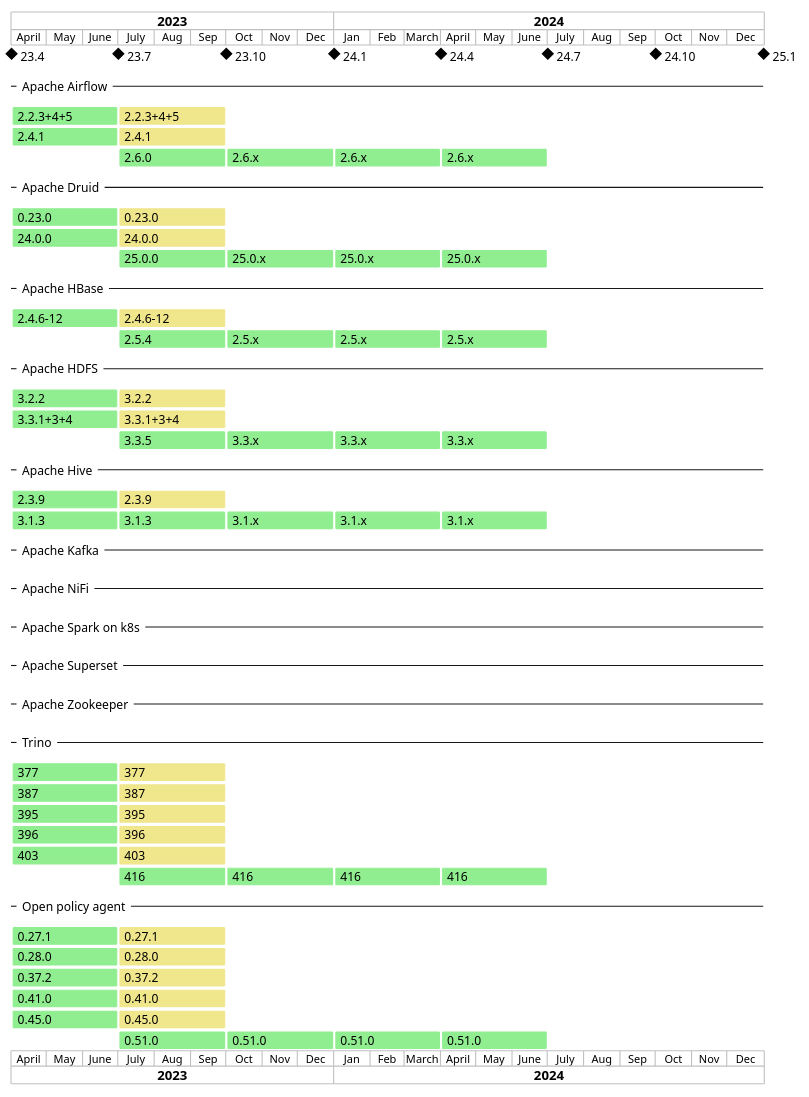
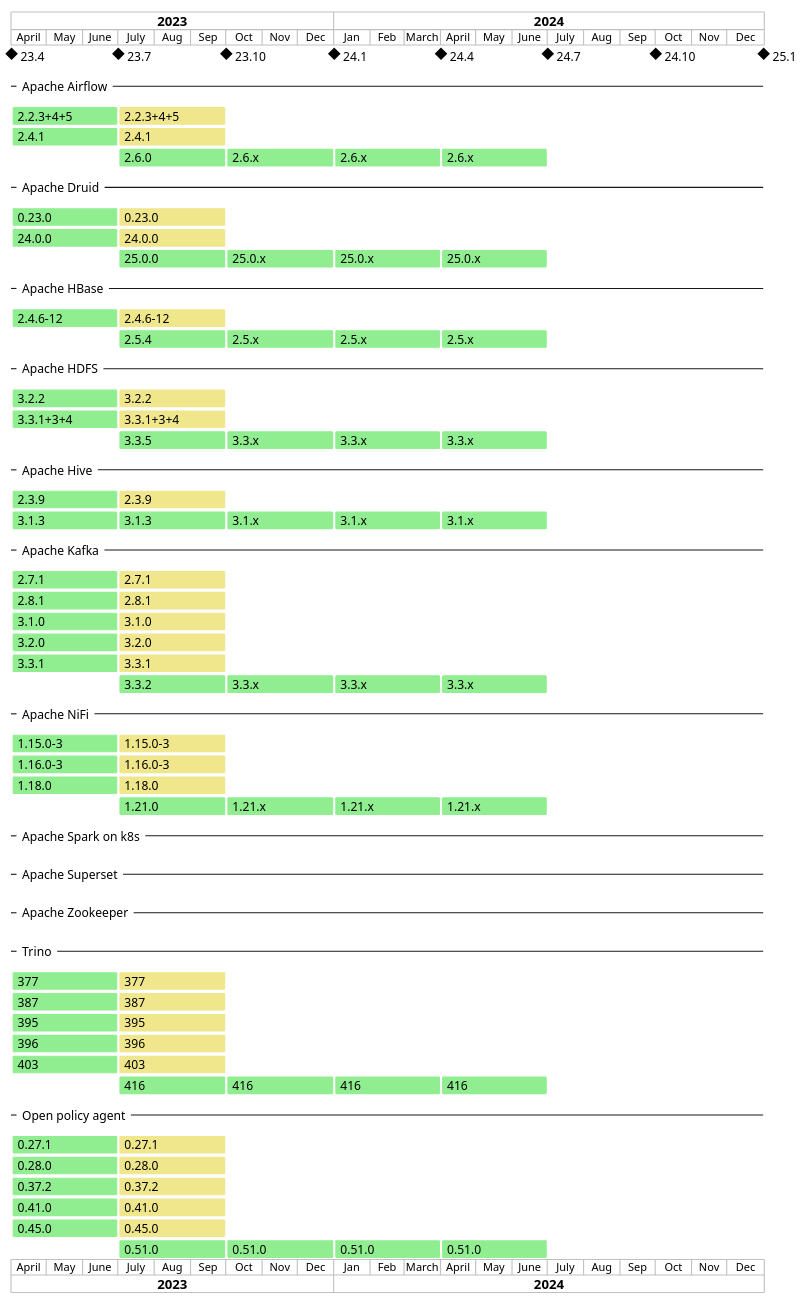
One commit to stackabletech/documentation changed the diagram in modules/contributor/images/adr/29-product-versions.plantuml. Above: the diagram before and after it, drawn with PlantUML. The commit also changed 1 other file, not shown here.

Commit message:
Update diagram

```diff
--- a/modules/contributor/images/adr/29-product-versions.plantuml
+++ b/modules/contributor/images/adr/29-product-versions.plantuml
@@ -1,138 +1,178 @@
 @startgantt product-versions
 printscale monthly
 Project starts the 2023-04-01
 
 [23.4]  happens 2023-04-01
 [23.7]  happens 2023-07-01 and displays on same row as [23.4]
 [23.10] happens 2023-10-01 and displays on same row as [23.4]
 [24.1]  happens 2024-01-01 and displays on same row as [23.4]
 [24.4]  happens 2024-04-01 and displays on same row as [23.4]
 [24.7]  happens 2024-07-01 and displays on same row as [23.4]
 [24.10] happens 2024-10-01 and displays on same row as [23.4]
 [25.1]  happens 2025-01-01 and displays on same row as [23.4]
 
 -- Apache Airflow --
 [2.2.3+4+5]    starts 2023-04-01 and ends 2023-07-01 and is colored in LightGreen
 [2.2.3+4+5 ]   starts 2023-07-01 and ends 2023-10-01 and is colored in Khaki
 [2.2.3+4+5 ]   displays on same row as [2.2.3+4+5]
 [2.4.1]        starts 2023-04-01 and ends 2023-07-01 and is colored in LightGreen
 [2.4.1 ]       starts 2023-07-01 and ends 2023-10-01 and is colored in Khaki
 [2.4.1 ]       displays on same row as [2.4.1]
 [2.6.0]        starts 2023-07-01 and ends 2023-10-01 and is colored in LightGreen
 [2.6.x]        starts 2023-10-01 and ends 2024-01-01 and is colored in LightGreen
 [2.6.x]        displays on same row as [2.6.0]
 [2.6.x ]       starts 2024-01-01 and ends 2024-04-01 and is colored in LightGreen
 [2.6.x ]       displays on same row as [2.6.0]
 [2.6.x  ]      starts 2024-04-01 and ends 2024-07-01 and is colored in LightGreen
 [2.6.x  ]      displays on same row as [2.6.0]
 
 -- Apache Druid --
 [0.23.0]       starts 2023-04-01 and ends 2023-07-01 and is colored in LightGreen
 [0.23.0 ]      starts 2023-07-01 and ends 2023-10-01 and is colored in Khaki
 [0.23.0 ]      displays on same row as [0.23.0]
 [24.0.0]       starts 2023-04-01 and ends 2023-07-01 and is colored in LightGreen
 [24.0.0 ]      starts 2023-07-01 and ends 2023-10-01 and is colored in Khaki
 [24.0.0 ]      displays on same row as [24.0.0]
 [25.0.0]       starts 2023-07-01 and ends 2023-10-01 and is colored in LightGreen
 [25.0.x]       starts 2023-10-01 and ends 2024-01-01 and is colored in LightGreen
 [25.0.x]       displays on same row as [25.0.0]
 [25.0.x ]      starts 2024-01-01 and ends 2024-04-01 and is colored in LightGreen
 [25.0.x ]      displays on same row as [25.0.0]
 [25.0.x  ]     starts 2024-04-01 and ends 2024-07-01 and is colored in LightGreen
 [25.0.x  ]     displays on same row as [25.0.0]
 
 -- Apache HBase --
 [2.4.6-12]     starts 2023-04-01 and ends 2023-07-01 and is colored in LightGreen
 [2.4.6-12 ]    starts 2023-07-01 and ends 2023-10-01 and is colored in Khaki
 [2.4.6-12 ]    displays on same row as [2.4.6-12]
 [2.5.4]        starts 2023-07-01 and ends 2023-10-01 and is colored in LightGreen
 [2.5.x]        starts 2023-10-01 and ends 2024-01-01 and is colored in LightGreen
 [2.5.x]        displays on same row as [2.5.4]
 [2.5.x ]       starts 2024-01-01 and ends 2024-04-01 and is colored in LightGreen
 [2.5.x ]       displays on same row as [2.5.4]
 [2.5.x  ]      starts 2024-04-01 and ends 2024-07-01 and is colored in LightGreen
 [2.5.x  ]      displays on same row as [2.5.4]
 
 -- Apache HDFS --
 [3.2.2]        starts 2023-04-01 and ends 2023-07-01 and is colored in LightGreen
 [3.2.2 ]       starts 2023-07-01 and ends 2023-10-01 and is colored in Khaki
 [3.2.2 ]       displays on same row as [3.2.2]
 [3.3.1+3+4]    starts 2023-04-01 and ends 2023-07-01 and is colored in LightGreen
 [3.3.1+3+4 ]   starts 2023-07-01 and ends 2023-10-01 and is colored in Khaki
 [3.3.1+3+4 ]   displays on same row as [3.3.1+3+4]
 [3.3.5]        starts 2023-07-01 and ends 2023-10-01 and is colored in LightGreen
 [3.3.x]        starts 2023-10-01 and ends 2024-01-01 and is colored in LightGreen
 [3.3.x]        displays on same row as [3.3.5]
 [3.3.x ]       starts 2024-01-01 and ends 2024-04-01 and is colored in LightGreen
 [3.3.x ]       displays on same row as [3.3.5]
 [3.3.x  ]      starts 2024-04-01 and ends 2024-07-01 and is colored in LightGreen
 [3.3.x  ]      displays on same row as [3.3.5]
 
 -- Apache Hive --
 [2.3.9]        starts 2023-04-01 and ends 2023-07-01 and is colored in LightGreen
 [2.3.9 ]       starts 2023-07-01 and ends 2023-10-01 and is colored in Khaki
 [2.3.9 ]       displays on same row as [2.3.9]
 [3.1.3]        starts 2023-04-01 and ends 2023-07-01 and is colored in LightGreen
 [3.1.3 ]       starts 2023-07-01 and ends 2023-10-01 and is colored in LightGreen
 [3.1.3 ]       displays on same row as [3.1.3]
 [3.1.x ]       starts 2023-10-01 and ends 2024-01-01 and is colored in LightGreen
 [3.1.x ]       displays on same row as [3.1.3]
 [3.1.x  ]      starts 2024-01-01 and ends 2024-04-01 and is colored in LightGreen
 [3.1.x  ]      displays on same row as [3.1.3]
 [3.1.x   ]     starts 2024-04-01 and ends 2024-07-01 and is colored in LightGreen
 [3.1.x   ]     displays on same row as [3.1.3]
 
 -- Apache Kafka --
+[2.7.1]        starts 2023-04-01 and ends 2023-07-01 and is colored in LightGreen
+[2.7.1 ]       starts 2023-07-01 and ends 2023-10-01 and is colored in Khaki
+[2.7.1 ]       displays on same row as [2.7.1]
+[2.8.1]        starts 2023-04-01 and ends 2023-07-01 and is colored in LightGreen
+[2.8.1 ]       starts 2023-07-01 and ends 2023-10-01 and is colored in Khaki
+[2.8.1 ]       displays on same row as [2.8.1]
+[3.1.0]        starts 2023-04-01 and ends 2023-07-01 and is colored in LightGreen
+[3.1.0 ]       starts 2023-07-01 and ends 2023-10-01 and is colored in Khaki
+[3.1.0 ]       displays on same row as [3.1.0]
+[3.2.0]        starts 2023-04-01 and ends 2023-07-01 and is colored in LightGreen
+[3.2.0 ]       starts 2023-07-01 and ends 2023-10-01 and is colored in Khaki
+[3.2.0 ]       displays on same row as [3.2.0]
+[3.3.1]        starts 2023-04-01 and ends 2023-07-01 and is colored in LightGreen
+[3.3.1 ]       starts 2023-07-01 and ends 2023-10-01 and is colored in Khaki
+[3.3.1 ]       displays on same row as [3.3.1]
+[3.3.2]        starts 2023-07-01 and ends 2023-10-01 and is colored in LightGreen
+[3.3.x   ]     starts 2023-10-01 and ends 2024-01-01 and is colored in LightGreen
+[3.3.x   ]     displays on same row as [3.3.2]
+[3.3.x    ]    starts 2024-01-01 and ends 2024-04-01 and is colored in LightGreen
+[3.3.x    ]    displays on same row as [3.3.2]
+[3.3.x     ]   starts 2024-04-01 and ends 2024-07-01 and is colored in LightGreen
+[3.3.x     ]   displays on same row as [3.3.2]
+
 -- Apache NiFi --
+[1.15.0-3]     starts 2023-04-01 and ends 2023-07-01 and is colored in LightGreen
+[1.15.0-3 ]    starts 2023-07-01 and ends 2023-10-01 and is colored in Khaki
+[1.15.0-3 ]    displays on same row as [1.15.0-3]
+[1.16.0-3]     starts 2023-04-01 and ends 2023-07-01 and is colored in LightGreen
+[1.16.0-3 ]    starts 2023-07-01 and ends 2023-10-01 and is colored in Khaki
+[1.16.0-3 ]    displays on same row as [1.16.0-3]
+[1.18.0]     starts 2023-04-01 and ends 2023-07-01 and is colored in LightGreen
+[1.18.0 ]    starts 2023-07-01 and ends 2023-10-01 and is colored in Khaki
+[1.18.0 ]    displays on same row as [1.18.0]
+[1.21.0]       starts 2023-07-01 and ends 2023-10-01 and is colored in LightGreen
+[1.21.x]       starts 2023-10-01 and ends 2024-01-01 and is colored in LightGreen
+[1.21.x]       displays on same row as [1.21.0]
+[1.21.x ]      starts 2024-01-01 and ends 2024-04-01 and is colored in LightGreen
+[1.21.x ]      displays on same row as [1.21.0]
+[1.21.x  ]     starts 2024-04-01 and ends 2024-07-01 and is colored in LightGreen
+[1.21.x  ]     displays on same row as [1.21.0]
+
 -- Apache Spark on k8s --
 -- Apache Superset --
 -- Apache Zookeeper --
 -- Trino --
 [377]          starts 2023-04-01 and ends 2023-07-01 and is colored in LightGreen
 [377 ]         starts 2023-07-01 and ends 2023-10-01 and is colored in Khaki
 [377 ]         displays on same row as [377]
 [387]          starts 2023-04-01 and ends 2023-07-01 and is colored in LightGreen
 [387 ]         starts 2023-07-01 and ends 2023-10-01 and is colored in Khaki
 [387 ]         displays on same row as [387]
 [395]          starts 2023-04-01 and ends 2023-07-01 and is colored in LightGreen
 [395 ]         starts 2023-07-01 and ends 2023-10-01 and is colored in Khaki
 [395 ]         displays on same row as [395]
 [396]          starts 2023-04-01 and ends 2023-07-01 and is colored in LightGreen
 [396 ]         starts 2023-07-01 and ends 2023-10-01 and is colored in Khaki
 [396 ]         displays on same row as [396]
 [403]          starts 2023-04-01 and ends 2023-07-01 and is colored in LightGreen
 [403 ]         starts 2023-07-01 and ends 2023-10-01 and is colored in Khaki
 [403 ]         displays on same row as [403]
 [416]          starts 2023-07-01 and ends 2023-10-01 and is colored in LightGreen
 [416 ]         starts 2023-10-01 and ends 2024-01-01 and is colored in LightGreen
 [416 ]         displays on same row as [416]
 [416  ]        starts 2024-01-01 and ends 2024-04-01 and is colored in LightGreen
 [416  ]        displays on same row as [416]
 [416   ]       starts 2024-04-01 and ends 2024-07-01 and is colored in LightGreen
 [416   ]       displays on same row as [416]
 
 -- Open policy agent --
 [0.27.1]       starts 2023-04-01 and ends 2023-07-01 and is colored in LightGreen
 [0.27.1 ]      starts 2023-07-01 and ends 2023-10-01 and is colored in Khaki
 [0.27.1 ]      displays on same row as [0.27.1]
 [0.28.0]       starts 2023-04-01 and ends 2023-07-01 and is colored in LightGreen
 [0.28.0 ]      starts 2023-07-01 and ends 2023-10-01 and is colored in Khaki
 [0.28.0 ]      displays on same row as [0.28.0]
 [0.37.2]       starts 2023-04-01 and ends 2023-07-01 and is colored in LightGreen
 [0.37.2 ]      starts 2023-07-01 and ends 2023-10-01 and is colored in Khaki
 [0.37.2 ]      displays on same row as [0.37.2]
 [0.41.0]       starts 2023-04-01 and ends 2023-07-01 and is colored in LightGreen
 [0.41.0 ]      starts 2023-07-01 and ends 2023-10-01 and is colored in Khaki
 [0.41.0 ]      displays on same row as [0.41.0]
 [0.45.0]       starts 2023-04-01 and ends 2023-07-01 and is colored in LightGreen
 [0.45.0 ]      starts 2023-07-01 and ends 2023-10-01 and is colored in Khaki
 [0.45.0 ]      displays on same row as [0.45.0]
 [0.51.0]       starts 2023-07-01 and ends 2023-10-01 and is colored in LightGreen
 [0.51.0 ]      starts 2023-10-01 and ends 2024-01-01 and is colored in LightGreen
 [0.51.0 ]      displays on same row as [0.51.0]
 [0.51.0  ]     starts 2024-01-01 and ends 2024-04-01 and is colored in LightGreen
 [0.51.0  ]     displays on same row as [0.51.0]
 [0.51.0   ]    starts 2024-04-01 and ends 2024-07-01 and is colored in LightGreen
 [0.51.0   ]    displays on same row as [0.51.0]
 
 @endgantt
```
